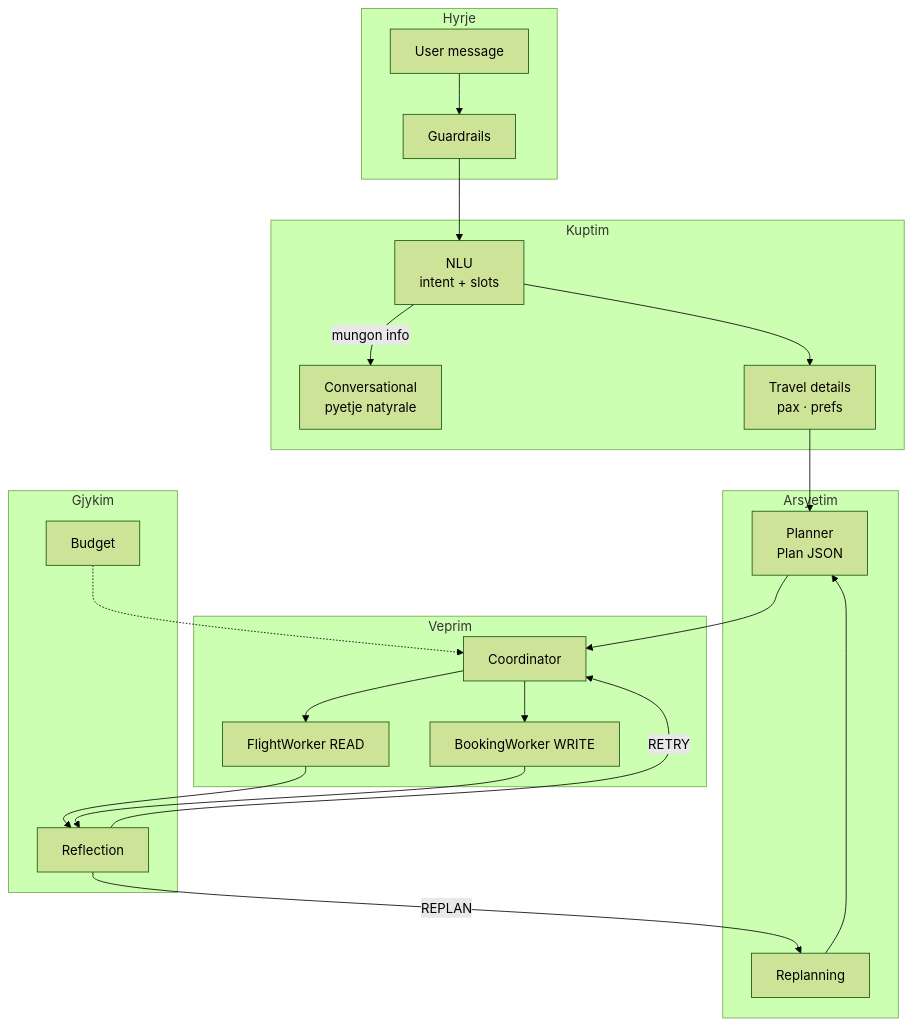
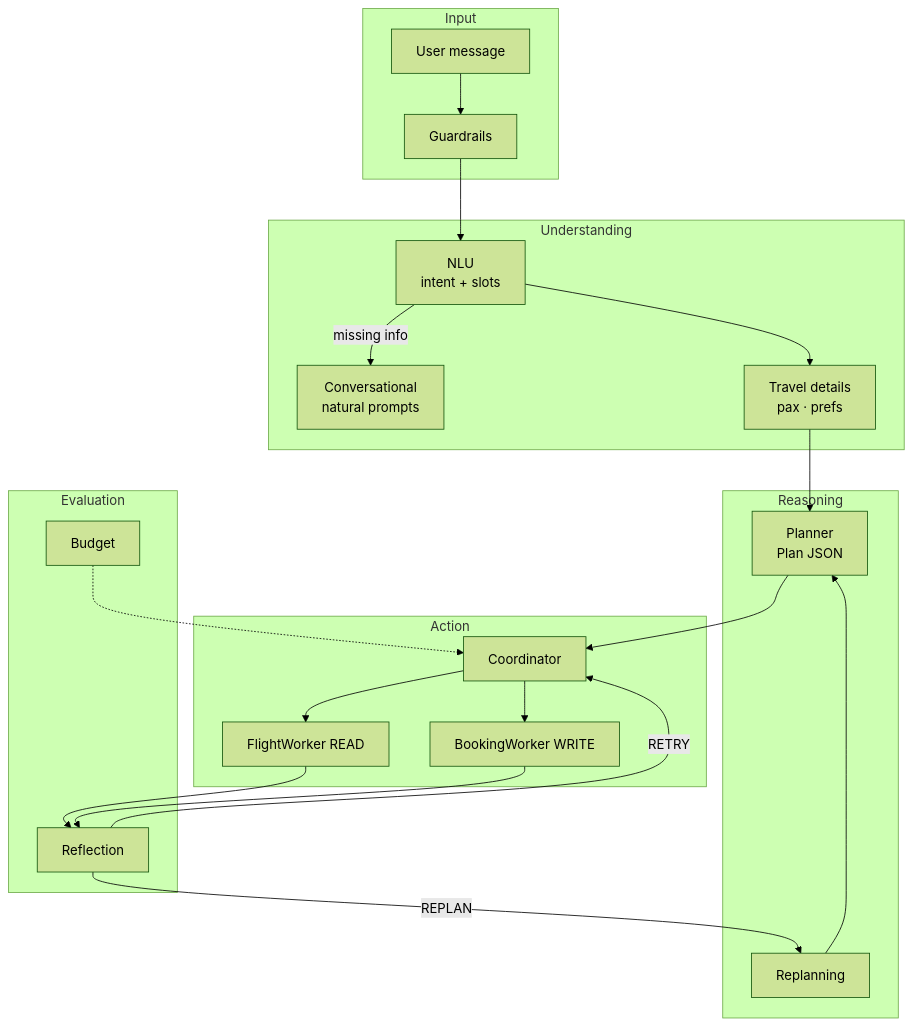
One commit to sara-2-ai-ml/pilot-flight-agent changed the second of 6 diagrams in README.md. Above: the diagram before and after it, drawn with Mermaid (forest theme). The commit also changed other lines of this file, not shown here.

````diff
--- a/README.md
+++ b/README.md
@@ -74,33 +74,33 @@
 ```mermaid
 flowchart TB
-    subgraph Input["Hyrje"]
+    subgraph Input["Input"]
         MSG["User message"]
         G["Guardrails"]
     end
-    subgraph Understand["Kuptim"]
+    subgraph Understand["Understanding"]
         NLU["NLU\nintent + slots"]
-        CONV["Conversational\npyetje natyrale"]
+        CONV["Conversational\nnatural prompts"]
         TD["Travel details\npax · prefs"]
     end
-    subgraph Reason["Arsyetim"]
+    subgraph Reason["Reasoning"]
         PL["Planner\nPlan JSON"]
         RP["Replanning"]
     end
-    subgraph Act["Veprim"]
+    subgraph Act["Action"]
         CO["Coordinator"]
         FW["FlightWorker READ"]
         BW["BookingWorker WRITE"]
     end
-    subgraph Judge["Gjykim"]
+    subgraph Judge["Evaluation"]
         RF["Reflection"]
         BD["Budget"]
     end
 
     MSG --> G --> NLU
-    NLU -->|mungon info| CONV
+    NLU -->|missing info| CONV
     NLU --> TD --> PL --> CO
     CO --> FW & BW --> RF
     RF -->|REPLAN| RP --> PL
     RF -->|RETRY| CO
     BD -.-> CO
 ```
````
